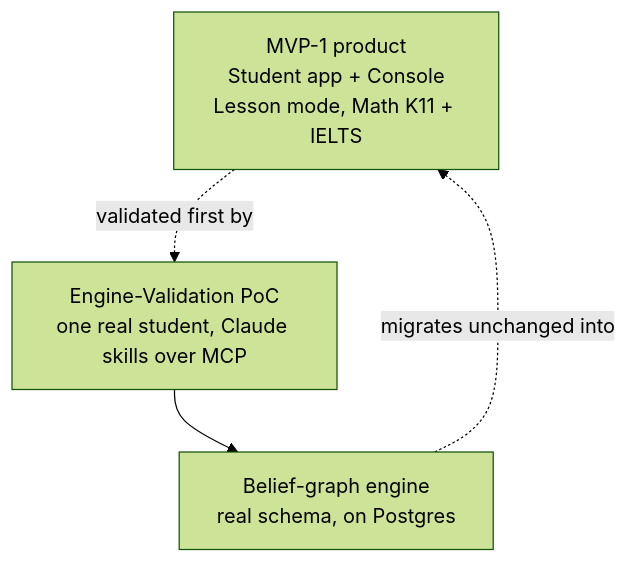
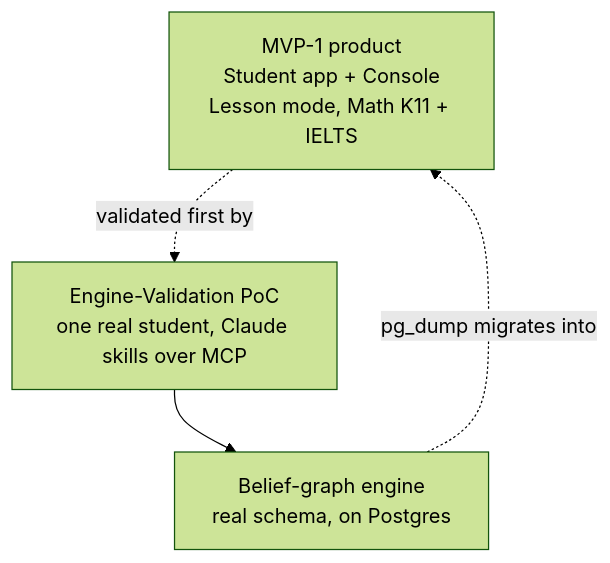
The diagram in src/content/docs/product/mvp-poc/index.md (stemolly/wiki), drawn with Mermaid (forest theme) before and after one commit. The commit also changed other lines of this file and 51 other files, not shown here.

````diff
--- a/src/content/docs/product/mvp-poc/index.md
+++ b/src/content/docs/product/mvp-poc/index.md
@@ -10,6 +10,6 @@
 ```mermaid
 flowchart TD
     A["MVP-1 product<br/>Student app + Console<br/>Lesson mode, Math K11 + IELTS"] -.->|"validated first by"| B["Engine-Validation PoC<br/>one real student, Claude skills over MCP"]
     B --> C["Belief-graph engine<br/>real schema, on Postgres"]
-    C -.->|"migrates unchanged into"| A
+    C -.->|"pg_dump migrates into"| A
 ```
````
